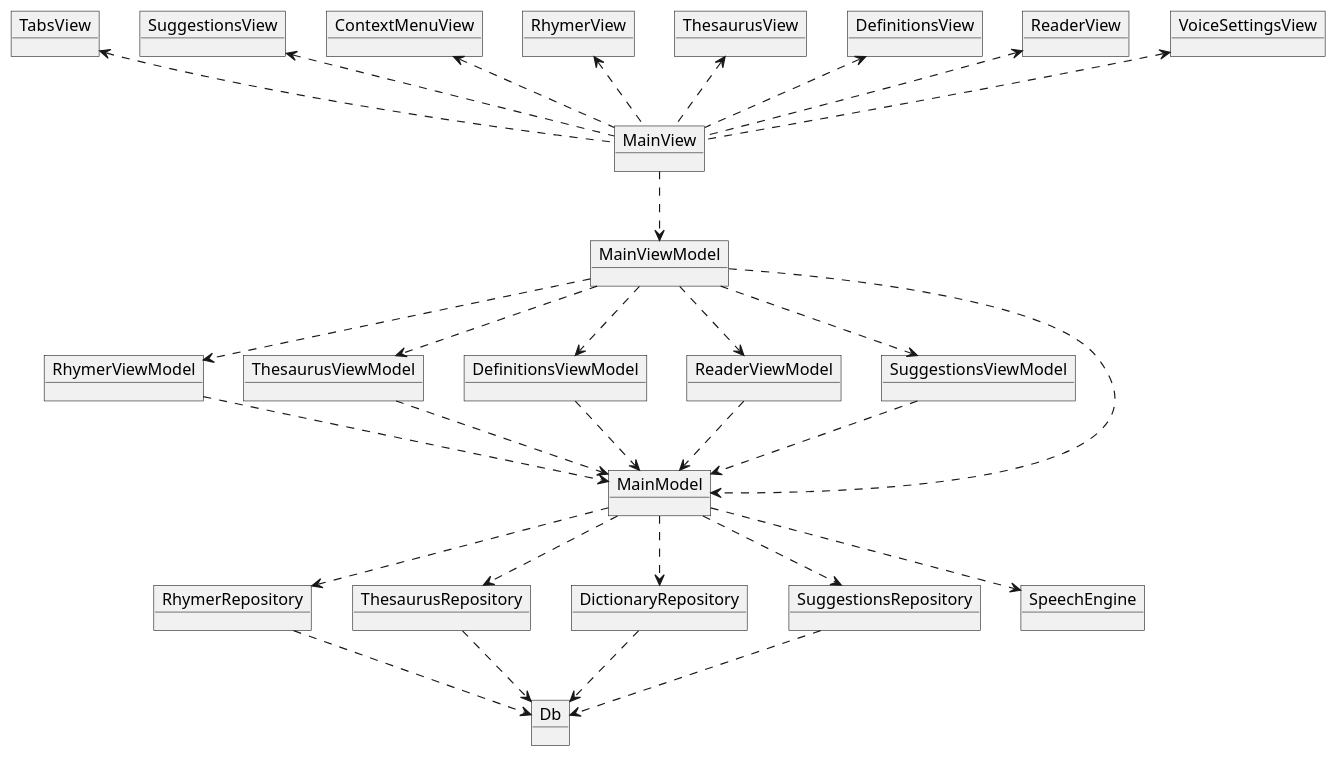
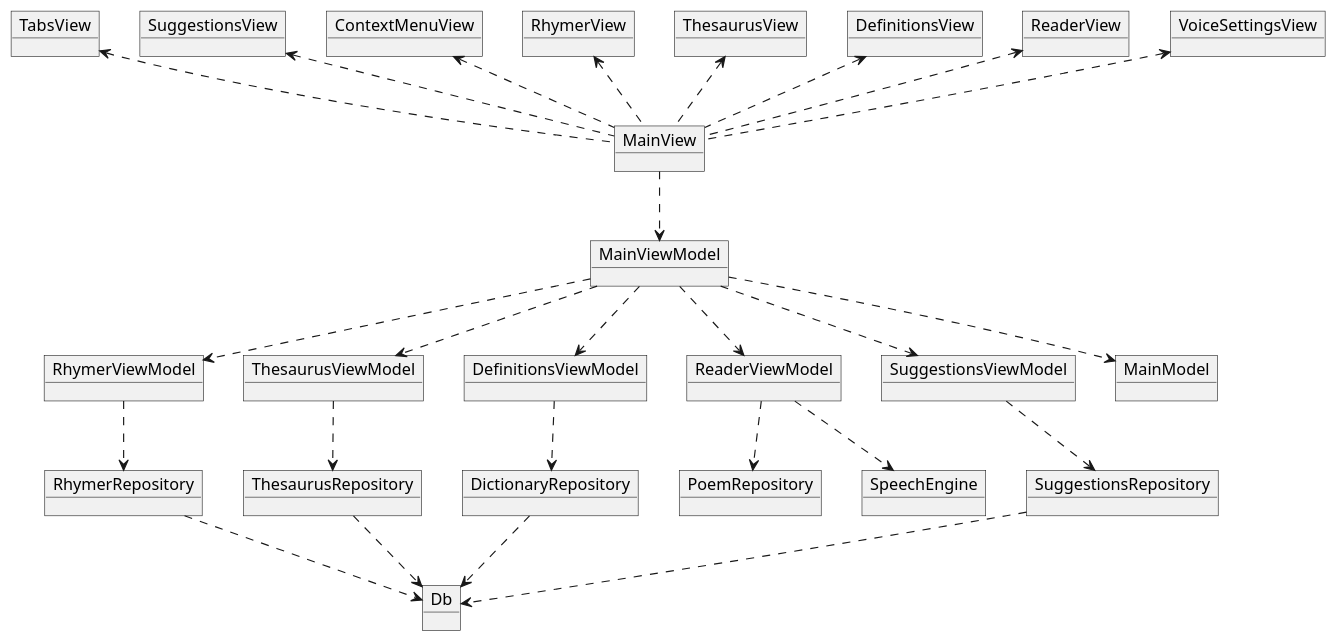
The diagram in doc/object-diagram.puml (caarmen/poet-assistant-web), drawn with PlantUML before and after one commit. The commit also changed 11 other files, not shown here.

```diff
--- a/doc/object-diagram.puml
+++ b/doc/object-diagram.puml
@@ -1,63 +1,60 @@
 @startuml
 object TabsView
 object SuggestionsView
 object ContextMenuView
 object RhymerView
 object ThesaurusView
 object DefinitionsView
 object ReaderView
 object VoiceSettingsView
 object MainView
 
 object MainViewModel
 object RhymerViewModel
 object ThesaurusViewModel
 object DefinitionsViewModel
 object ReaderViewModel
 object SuggestionsViewModel
 
 object MainModel
 object RhymerRepository
 object ThesaurusRepository
 object DictionaryRepository
+object PoemRepository
 object SuggestionsRepository
 object SpeechEngine
 
 
 object Db
 
 TabsView <.. MainView
 ContextMenuView <.. MainView
 RhymerView <.. MainView
 ThesaurusView <.. MainView
 DefinitionsView <.. MainView
 ReaderView <.. MainView
 VoiceSettingsView <.. MainView
 SuggestionsView <.. MainView
 MainView ..> MainViewModel
 
 MainViewModel ..> MainModel
 MainViewModel ..> RhymerViewModel
 MainViewModel ..> ThesaurusViewModel
 MainViewModel ..> DefinitionsViewModel
 MainViewModel ..> ReaderViewModel
 MainViewModel ..> SuggestionsViewModel
 
-RhymerViewModel ..> MainModel
-ThesaurusViewModel ..> MainModel
-DefinitionsViewModel ..> MainModel
-ReaderViewModel ..> MainModel
-SuggestionsViewModel ..> MainModel
+RhymerViewModel ..> RhymerRepository
+ThesaurusViewModel ..> ThesaurusRepository 
+DefinitionsViewModel ..> DictionaryRepository
+ReaderViewModel ..> PoemRepository
+ReaderViewModel ..> SpeechEngine
+SuggestionsViewModel ..> SuggestionsRepository
 
-MainModel ..> SpeechEngine
-MainModel ..> RhymerRepository
-MainModel ..> ThesaurusRepository 
-MainModel ..> DictionaryRepository
-MainModel ..> SuggestionsRepository
 
 RhymerRepository ..> Db
 ThesaurusRepository ..> Db
 DictionaryRepository ..> Db
 SuggestionsRepository ..> Db
 
 @enduml
```
